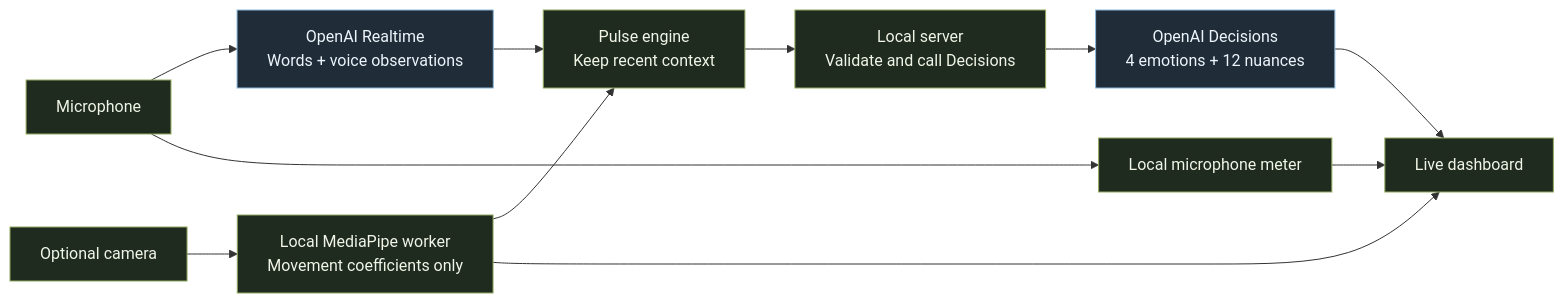
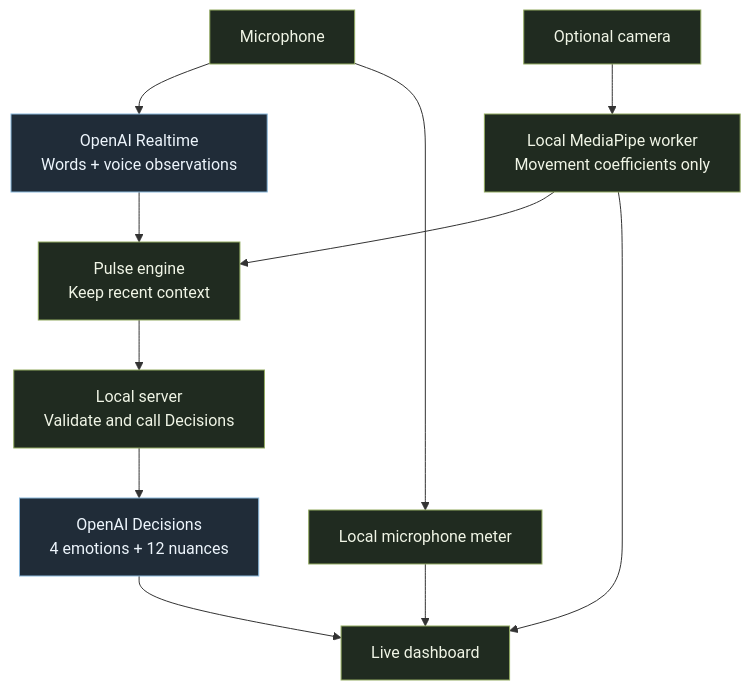
The first of 2 diagrams in README.md (atharvasindwani23/pulse), drawn with Mermaid before and after one commit. The commit also changed other lines of this file, not shown here.

Commit message:
Improve diagram readability in the README

````diff
--- a/README.md
+++ b/README.md
@@ -63,17 +63,17 @@
 ```mermaid
-flowchart LR
+flowchart TB
   MIC["Microphone"] --> RT["OpenAI Realtime<br/>Words + voice observations"]
   MIC --> LOCAL["Local microphone meter"]
   CAM["Optional camera"] --> FACE["Local MediaPipe worker<br/>Movement coefficients only"]
   RT --> ENGINE["Pulse engine<br/>Keep recent context"]
   FACE --> ENGINE
   ENGINE --> API["Local server<br/>Validate and call Decisions"]
   API --> DEC["OpenAI Decisions<br/>4 emotions + 12 nuances"]
   DEC --> UI["Live dashboard"]
   LOCAL --> UI
   FACE --> UI
   classDef local fill:#202b20,stroke:#92aa60,color:#f0f5e6
   classDef ai fill:#202c38,stroke:#8ab8db,color:#edf5fc
   class MIC,CAM,LOCAL,FACE,ENGINE,UI,API local
   class RT,DEC ai
 ```
````
